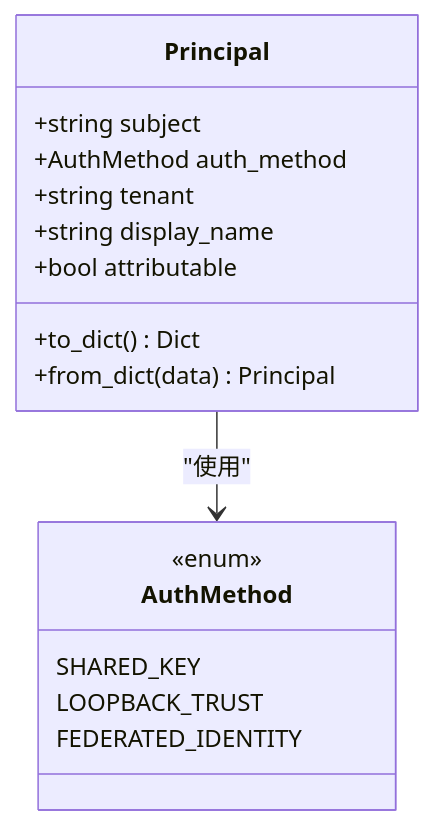
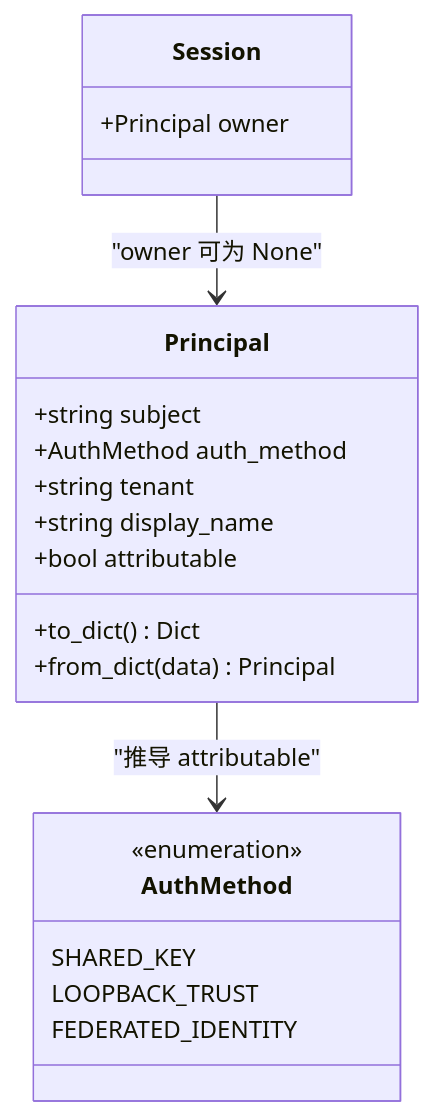
One commit to hjfire/vibe-trading-fw changed the fourth of 7 diagrams in repowiki/topics/安全与治理/认证与授权.md. Above: the diagram before and after it, drawn with Mermaid. The commit also changed other lines of this file and 5 other files, not shown here.

````diff
--- a/repowiki/topics/安全与治理/认证与授权.md
+++ b/repowiki/topics/安全与治理/认证与授权.md
@@ -225,19 +250,23 @@
 ```mermaid
 classDiagram
+class AuthMethod {
+<<enumeration>>
+SHARED_KEY
+LOOPBACK_TRUST
+FEDERATED_IDENTITY
+}
 class Principal {
 +string subject
 +AuthMethod auth_method
 +string tenant
 +string display_name
 +bool attributable
 +to_dict() Dict
 +from_dict(data) Principal
 }
-class AuthMethod {
-<<enum>>
-SHARED_KEY
-LOOPBACK_TRUST
-FEDERATED_IDENTITY
+class Session {
++Principal owner
 }
-Principal --> AuthMethod : "使用"
+Principal --> AuthMethod : "推导 attributable"
+Session --> Principal : "owner 可为 None"
 ```
````
